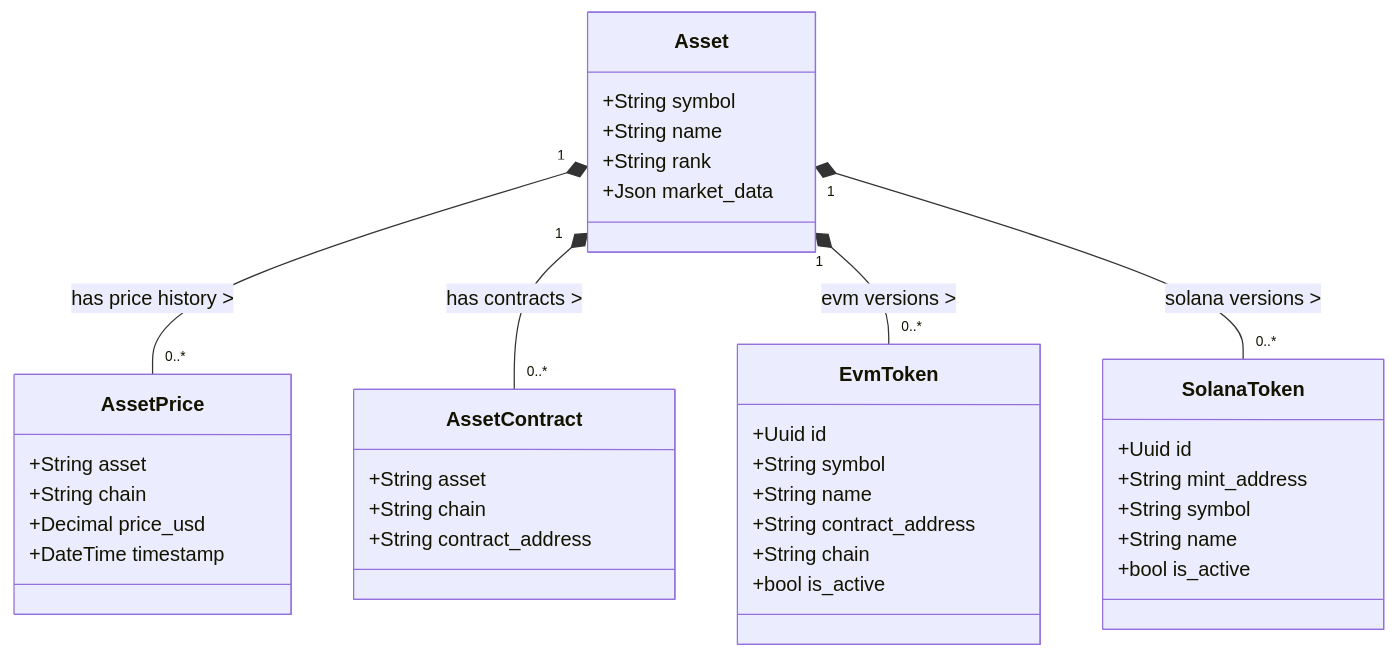
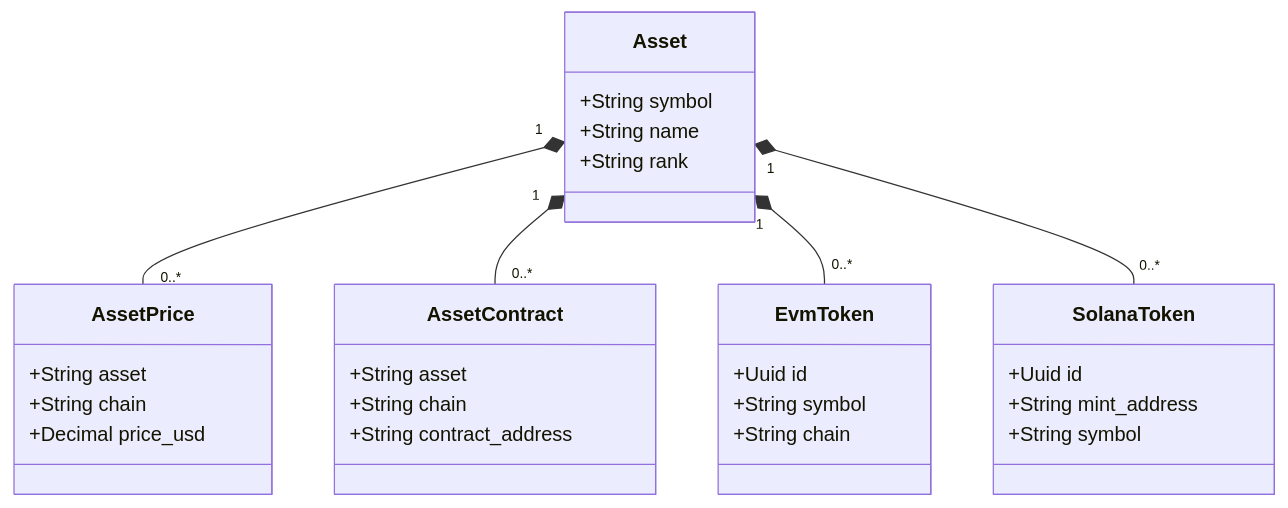
Before and after one commit to doitsu2014/crypto-pocket-butler: the third of 17 diagrams in docs/architecture/01-architecture-design.md, drawn with Mermaid. The commit also changed other lines of this file, not shown here.

Commit message:
docs: Fix Mermaid syntax errors for GitHub compatibility

````diff
--- a/docs/architecture/01-architecture-design.md
+++ b/docs/architecture/01-architecture-design.md
@@ -100,44 +74,37 @@
 ```mermaid
 classDiagram
     class Asset {
         +String symbol
         +String name
         +String rank
-        +Json market_data
     }
     
     class AssetPrice {
         +String asset
         +String chain
         +Decimal price_usd
-        +DateTime timestamp
     }
     
     class AssetContract {
         +String asset
         +String chain
         +String contract_address
     }
     
     class EvmToken {
         +Uuid id
         +String symbol
-        +String name
-        +String contract_address
         +String chain
-        +bool is_active
     }
     
     class SolanaToken {
         +Uuid id
         +String mint_address
         +String symbol
-        +String name
-        +bool is_active
     }
     
-    Asset "1" *-- "0..*" AssetPrice : has price history >
-    Asset "1" *-- "0..*" AssetContract : has contracts >
-    Asset "1" *-- "0..*" EvmToken : evm versions >
-    Asset "1" *-- "0..*" SolanaToken : solana versions >
+    Asset "1" *-- "0..*" AssetPrice
+    Asset "1" *-- "0..*" AssetContract
+    Asset "1" *-- "0..*" EvmToken
+    Asset "1" *-- "0..*" SolanaToken
 ```
````
